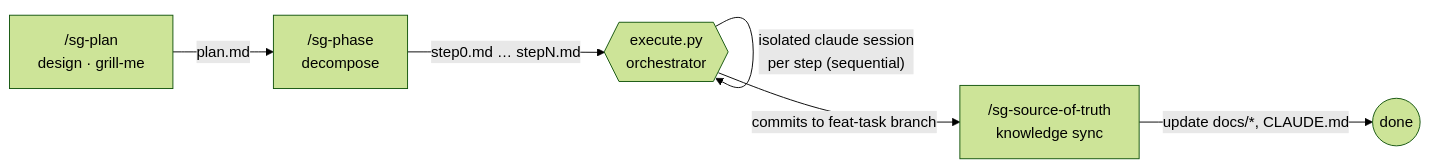
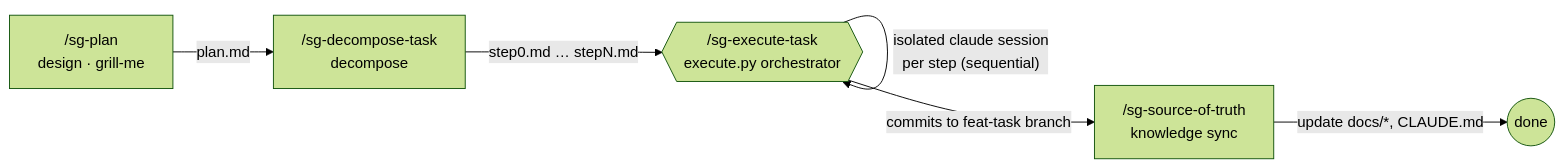
The diagram in README.md (han0001/sg-harness), drawn with Mermaid (forest theme) before and after one commit. The commit also changed other lines of this file and 7 other files, not shown here.

First line of the commit message:
refactor: consolidate workflow vocabulary (stage/phase/task/step)

````diff
--- a/README.md
+++ b/README.md
@@ -24,8 +24,8 @@
 ```mermaid
 flowchart LR
-    A["/sg-plan<br/>design · grill-me"] -->|plan.md| B["/sg-phase<br/>decompose"]
-    B -->|"step0.md … stepN.md"| C{{"execute.py<br/>orchestrator"}}
+    A["/sg-plan<br/>design · grill-me"] -->|plan.md| B["/sg-decompose-task<br/>decompose"]
+    B -->|"step0.md … stepN.md"| C{{"/sg-execute-task<br/>execute.py orchestrator"}}
     C -->|"isolated claude session<br/>per step (sequential)"| C
     C -->|"commits to feat-task branch"| D["/sg-source-of-truth<br/>knowledge sync"]
     D -->|"update docs/*, CLAUDE.md"| E(("done"))
 ```
````
